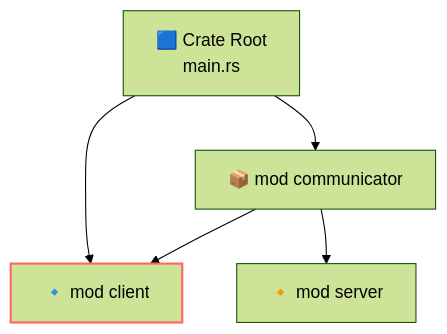
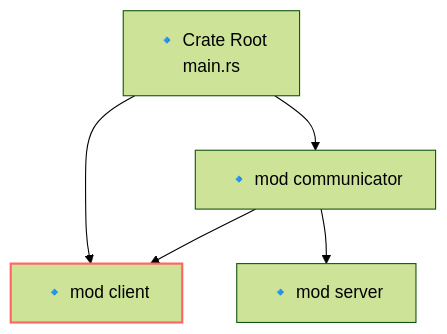
Before and after one commit to xmlbuilder/RustTutorial: the second of 3 diagrams in Chapter-01(Rust 소개 및 환경 설정)/05-rust-cargo-cheatsheet.md, drawn with Mermaid (forest theme). The commit also changed other lines of this file, not shown here.

````diff
--- a/Chapter-01(Rust 소개 및 환경 설정)/05-rust-cargo-cheatsheet.md
+++ b/Chapter-01(Rust 소개 및 환경 설정)/05-rust-cargo-cheatsheet.md
@@ -116,15 +116,15 @@
 ```mermaid
 flowchart TD
-    A[🟦 Crate Root<br>main.rs]
-    B[📦 mod communicator]
+    A[🔹 Crate Root<br>main.rs]
+    B[🔹 mod communicator]
     C[🔹 mod client]
-    D[🔸 mod server]
+    D[🔹 mod server]
 
     A --> B
     B --> C
     B --> D
     A --> C:::direct
 
     classDef direct stroke:#f66,stroke-width:2px;
 
 ```
````
